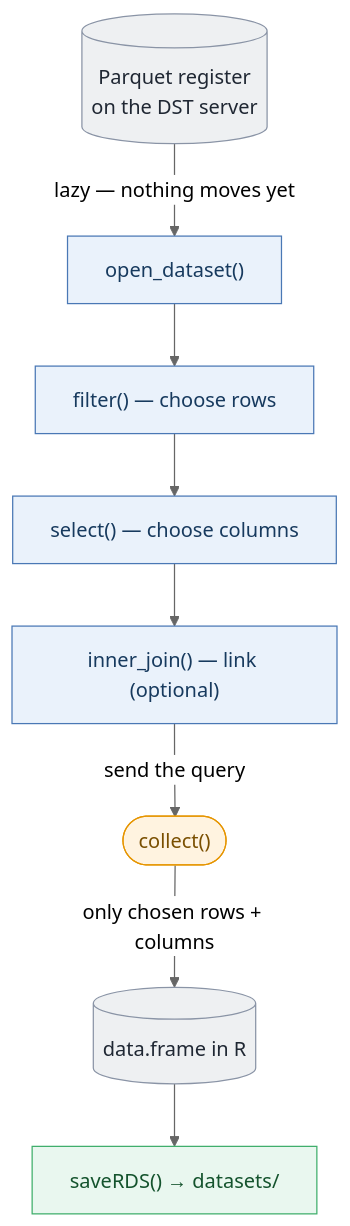
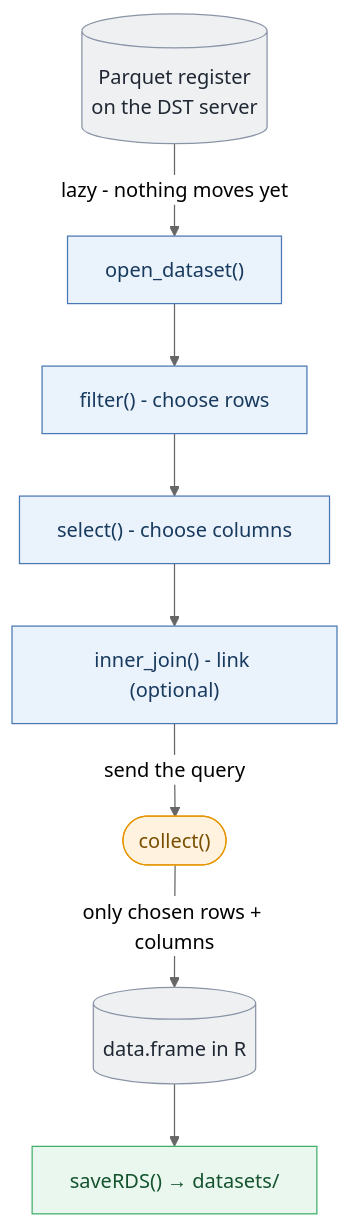
One commit to steno-aarhus/registers-guide changed the diagram in docs/en/05_universelle-moenster.qmd. Above: the diagram before and after it, drawn with Mermaid (neutral theme). The commit also changed other lines of this file and 78 other files, not shown here.

````diff
--- a/docs/en/05_universelle-moenster.qmd
+++ b/docs/en/05_universelle-moenster.qmd
@@ -152,22 +152,22 @@
 ```{mermaid}
 flowchart TD
     P[("Parquet register<br>on the DST server")]:::store
     L["open_dataset()"]:::lazy
-    F["filter() — choose rows"]:::lazy
-    S["select() — choose columns"]:::lazy
-    J["inner_join() — link (optional)"]:::lazy
+    F["filter() - choose rows"]:::lazy
+    S["select() - choose columns"]:::lazy
+    J["inner_join() - link (optional)"]:::lazy
     C(["collect()"]):::collect
     R[("data.frame in R")]:::store
     V["saveRDS() → datasets/"]:::save
 
-    P -->|"lazy — nothing moves yet"| L
+    P -->|"lazy - nothing moves yet"| L
     L --> F --> S --> J
     J -->|"send the query"| C
     C -->|"only chosen rows + columns"| R
     R --> V
 
     classDef store fill:#eef0f2,stroke:#8a94a6,color:#1f2733;
     classDef lazy fill:#eaf2fb,stroke:#4a78b5,color:#173a5e;
     classDef collect fill:#fff3e0,stroke:#e69500,color:#7a4f00;
     classDef save fill:#e9f7ef,stroke:#3fae6b,color:#14532d;
 ```
````
